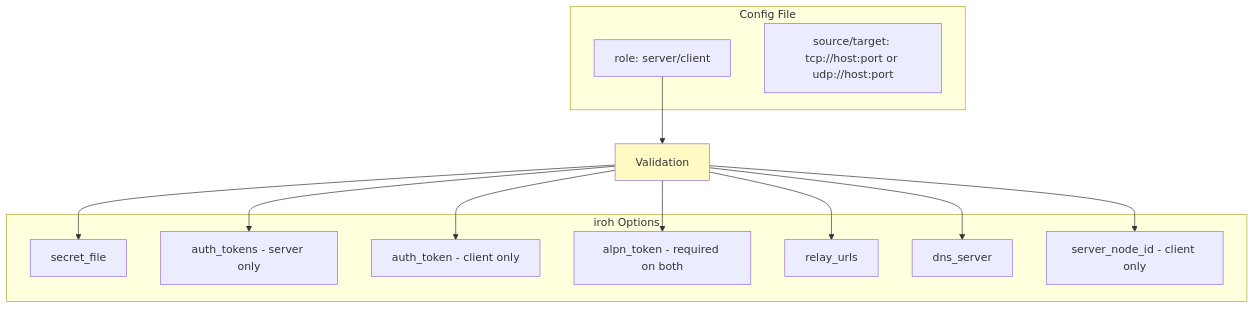
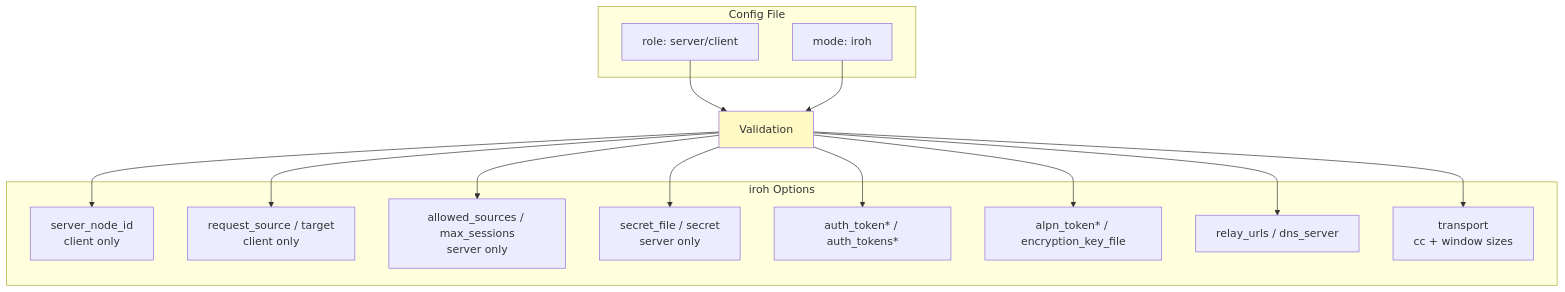
The tenth of 22 diagrams in docs/ARCHITECTURE.md (andrewtheguy/tunnel-rs), drawn with Mermaid before and after one commit. The commit also changed other lines of this file and 2 other files, not shown here.

Commit message:
docs: update README and architecture documentation for clarity on environment variables and config encryption

````diff
--- a/docs/ARCHITECTURE.md
+++ b/docs/ARCHITECTURE.md
@@ -339,28 +346,31 @@
 ```mermaid
 graph TB
     subgraph "Config File"
         A[role: server/client]
-        C[source/target: tcp://host:port or udp://host:port]
+        B[mode: iroh]
     end
 
     subgraph "iroh Options"
-        I[secret_file]
-        I2[auth_tokens - server only]
-        I3[auth_token - client only]
-        I4[alpn_token - required on both]
-        J[relay_urls]
-        L[dns_server]
-        M[server_node_id - client only]
+        C[server_node_id<br/>client only]
+        D[request_source / target<br/>client only]
+        E[allowed_sources / max_sessions<br/>server only]
+        F[secret_file / secret<br/>server only]
+        G[auth_token* / auth_tokens*]
+        H[alpn_token* / encryption_key_file]
+        I[relay_urls / dns_server]
+        J[transport<br/>cc + window sizes]
     end
 
     A --> S[Validation]
+    B --> S
+    S --> C
+    S --> D
+    S --> E
+    S --> F
+    S --> G
+    S --> H
     S --> I
-    S --> I2
-    S --> I3
-    S --> I4
     S --> J
-    S --> L
-    S --> M
 
     style S fill:#FFF9C4
 ```
````
